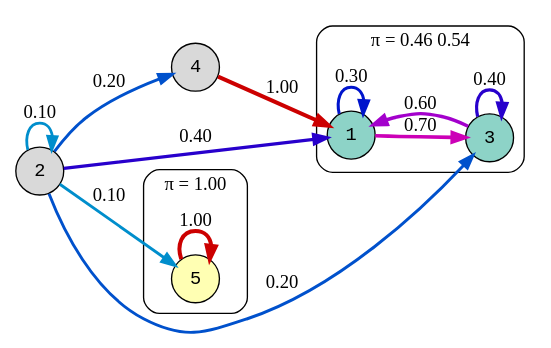
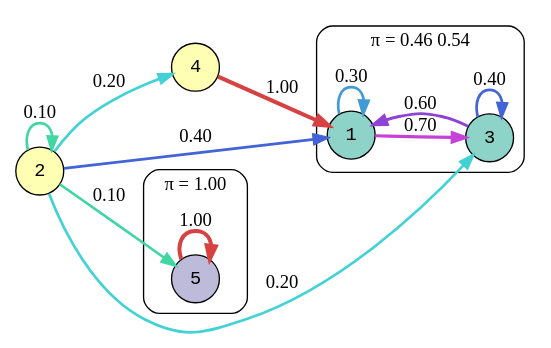
One commit to jitwit/marko-jolo changed the diagram in example.dot. Above: the diagram before and after it, drawn with Graphviz. The commit also changed 4 other files, not shown here.

```diff
--- a/example.dot
+++ b/example.dot
@@ -1,25 +1,25 @@
 digraph {
 rankdir=LR;node[shape=circle,style=filled,colorscheme="set39",fontname="CMU Concrete, Rockwell, Courier"]
   subgraph cluster_0 {
   style=rounded;label="π = 0.46 0.54";
   "1" [fillcolor=1];
   "3" [fillcolor=1];
  }
   subgraph cluster_1 {
   style=rounded;label="π = 1.00";
-  "5" [fillcolor=2];
+  "5" [fillcolor=3];
  }
-  "2" [fillcolor="9"];
-  "4" [fillcolor="9"];
-  "1"->"1"[label="0.30",penwidth=2.3,color="0.650 1.0 0.8"];
-  "1"->"3"[label="0.70",penwidth=2.7,color="0.850 1.0 0.8"];
-  "2"->"1"[label="0.40",penwidth=2.4,color="0.700 1.0 0.8"];
-  "2"->"2"[label="0.10",penwidth=2.1,color="0.550 1.0 0.8"];
-  "2"->"3"[label="0.20",penwidth=2.2,color="0.600 1.0 0.8"];
-  "2"->"4"[label="0.20",penwidth=2.2,color="0.600 1.0 0.8"];
-  "2"->"5"[label="0.10",penwidth=2.1,color="0.550 1.0 0.8"];
-  "3"->"1"[label="0.60",penwidth=2.6,color="0.800 1.0 0.8"];
-  "3"->"3"[label="0.40",penwidth=2.4,color="0.700 1.0 0.8"];
-  "4"->"1"[label="1.00",penwidth=3,color="1.000 1.0 0.8"];
-  "5"->"5"[label="1.00",penwidth=3,color="1.000 1.0 0.8"];
+  "2" [fillcolor="2"];
+  "4" [fillcolor="2"];
+  "1"->"1"[label="0.30",penwidth=2.027,color="0.566 0.69 0.84"];
+  "1"->"3"[label="0.70",penwidth=2.343,color="0.814 0.69 0.84"];
+  "2"->"1"[label="0.40",penwidth=2.064,color="0.628 0.69 0.84"];
+  "2"->"2"[label="0.10",penwidth=2.001,color="0.442 0.69 0.84"];
+  "2"->"3"[label="0.20",penwidth=2.008,color="0.504 0.69 0.84"];
+  "2"->"4"[label="0.20",penwidth=2.008,color="0.504 0.69 0.84"];
+  "2"->"5"[label="0.10",penwidth=2.001,color="0.442 0.69 0.84"];
+  "3"->"1"[label="0.60",penwidth=2.216,color="0.752 0.69 0.84"];
+  "3"->"3"[label="0.40",penwidth=2.064,color="0.628 0.69 0.84"];
+  "4"->"1"[label="1.00",penwidth=3,color="1.000 0.69 0.84"];
+  "5"->"5"[label="1.00",penwidth=3,color="1.000 0.69 0.84"];
 }
```
